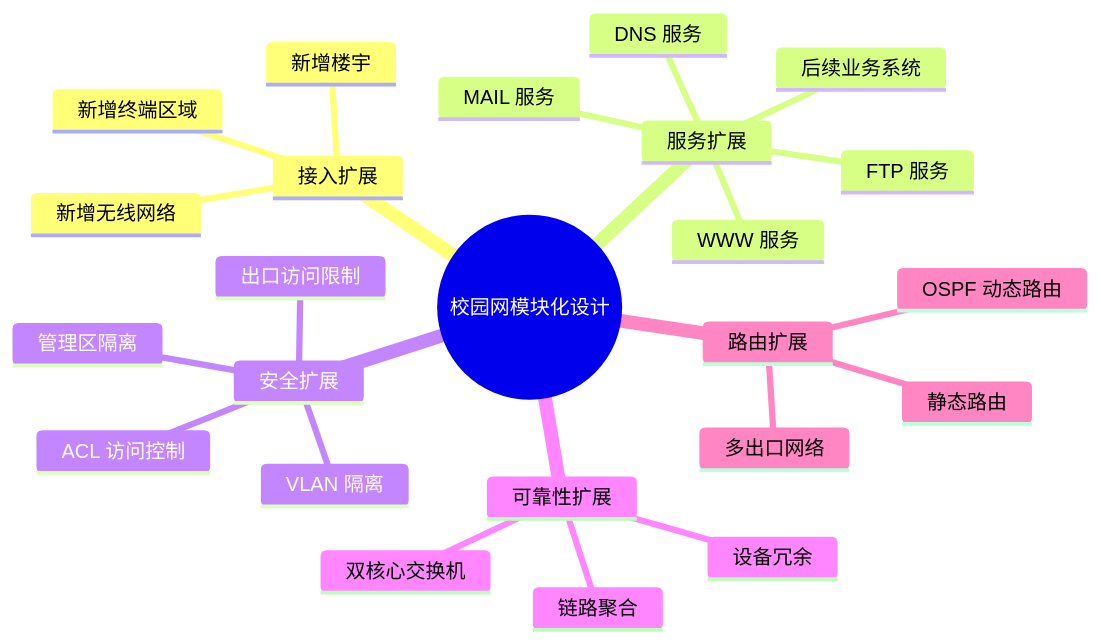
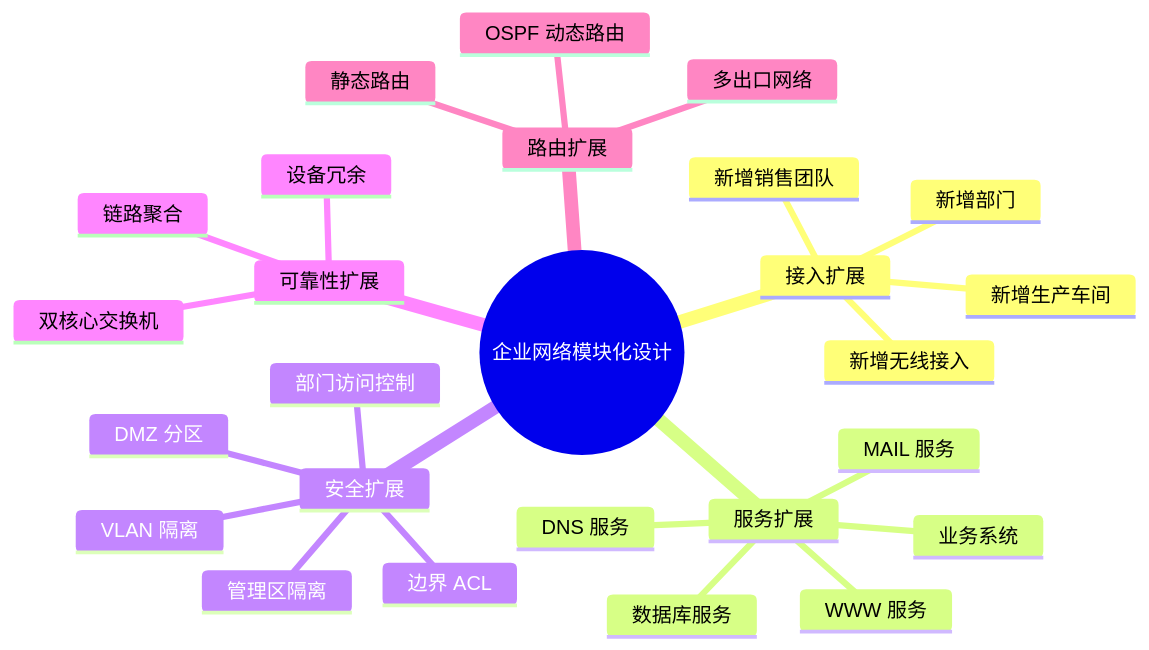
Before and after one commit to ahfdjajsfsa/Company-network: the sixth of 6 diagrams in 设计/概要设计.md, drawn with Mermaid. The commit also changed other lines of this file and 6 other files, not shown here.

````diff
--- a/设计/概要设计.md
+++ b/设计/概要设计.md
@@ -230,27 +295,29 @@
 ```mermaid
 mindmap
-  root((校园网模块化设计))
+  root((企业网络模块化设计))
     接入扩展
-      新增楼宇
-      新增终端区域
-      新增无线网络
+      新增部门
+      新增销售团队
+      新增生产车间
+      新增无线接入
     服务扩展
+      DNS 服务
       WWW 服务
-      FTP 服务
-      DNS 服务
       MAIL 服务
-      后续业务系统
+      数据库服务
+      业务系统
     安全扩展
       VLAN 隔离
-      ACL 访问控制
-      出口访问限制
+      DMZ 分区
+      边界 ACL
+      部门访问控制
       管理区隔离
     可靠性扩展
       双核心交换机
       链路聚合
       设备冗余
     路由扩展
       静态路由
       OSPF 动态路由
       多出口网络
 ```
````
